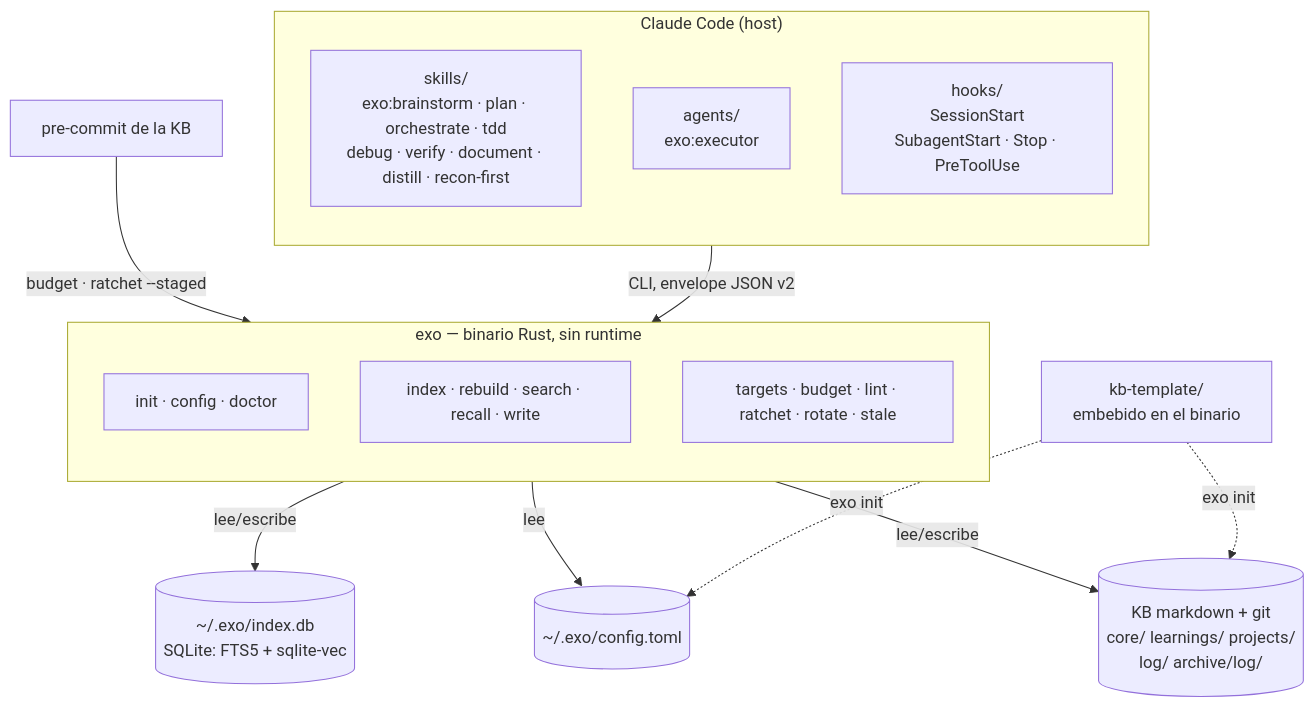
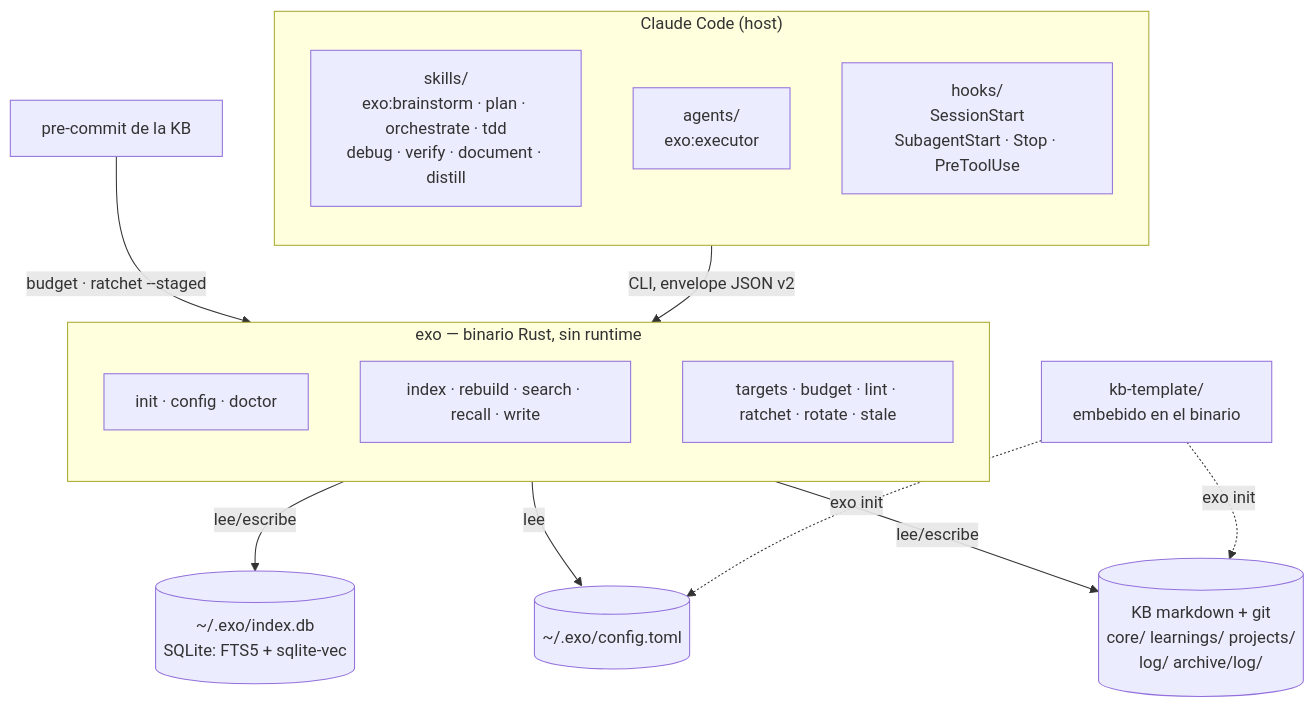
One commit to pguerrerolinares/exo changed the diagram in README.md. Above: the diagram before and after it, drawn with Mermaid. The commit also changed other lines of this file and 9 other files, not shown here.

First line of the commit message:
feat(exo)!: retira recon-first; debug es la única puerta para bug y atasco (#58)

````diff
--- a/README.md
+++ b/README.md
@@ -61,30 +61,30 @@
 ```mermaid
 flowchart TB
     subgraph host["Claude Code (host)"]
         direction TB
-        skills["skills/<br/>exo:brainstorm · plan · orchestrate · tdd<br/>debug · verify · document · distill · recon-first"]
+        skills["skills/<br/>exo:brainstorm · plan · orchestrate · tdd<br/>debug · verify · document · distill"]
         agent["agents/<br/>exo:executor"]
         hooks["hooks/<br/>SessionStart<br/>SubagentStart · Stop · PreToolUse"]
     end
 
     subgraph bin["exo — binario Rust, sin runtime"]
         direction TB
         c1["init · config · doctor"]
         c2["index · rebuild · search · recall · write"]
         c3["targets · budget · lint · ratchet · rotate · stale"]
     end
 
     cfg[("~/.exo/config.toml")]
     db[("~/.exo/index.db<br/>SQLite: FTS5 + sqlite-vec")]
     kb[("KB markdown + git<br/>core/ learnings/ projects/<br/>log/ archive/log/")]
     tpl["kb-template/<br/>embebido en el binario"]
     pc["pre-commit de la KB"]
 
     host -->|"CLI, envelope JSON v2"| bin
     pc -->|"budget · ratchet --staged"| bin
     bin -->|lee| cfg
     bin -->|lee/escribe| db
     bin -->|lee/escribe| kb
     tpl -.->|"exo init"| kb
     tpl -.->|"exo init"| cfg
 ```
````
